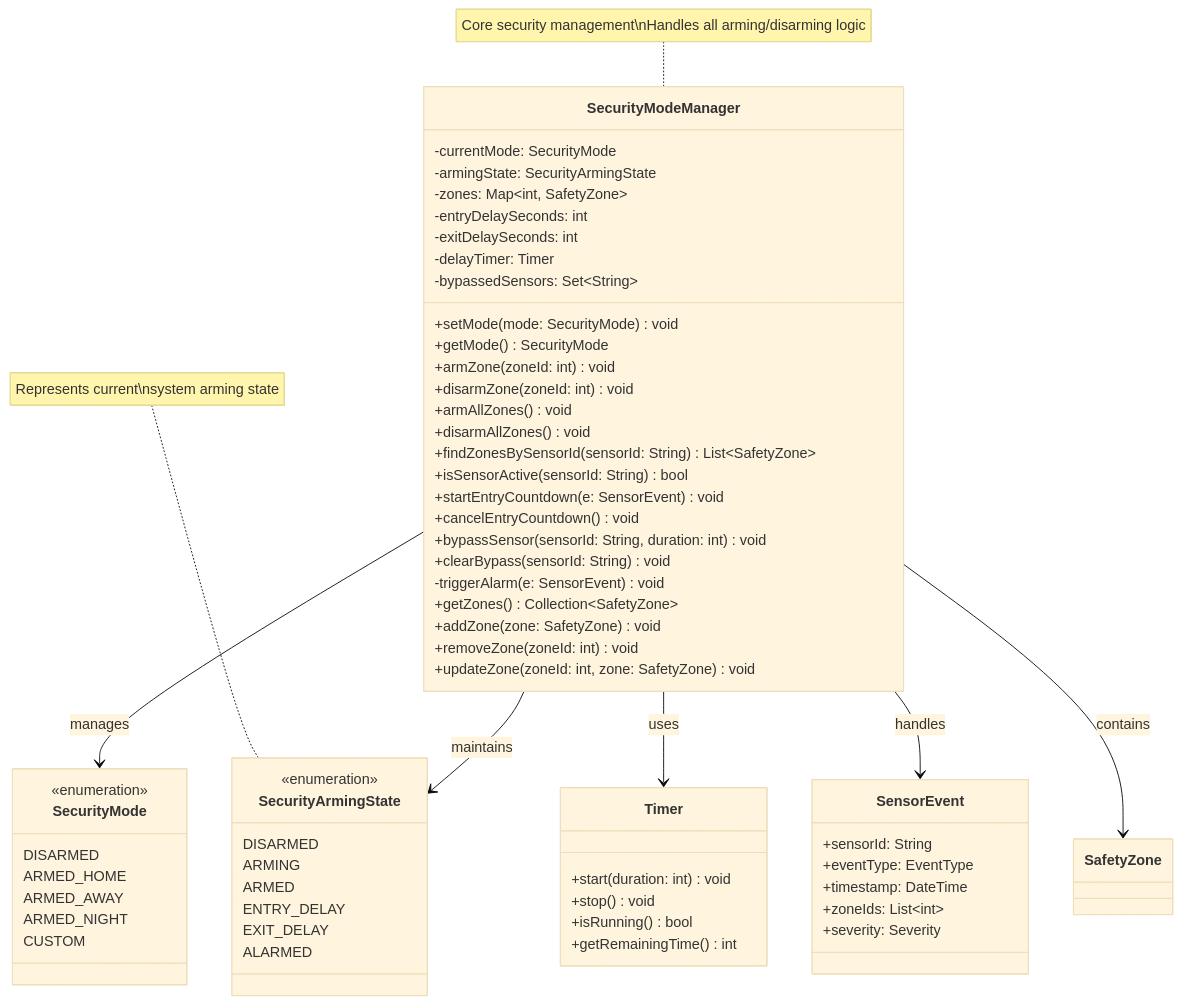
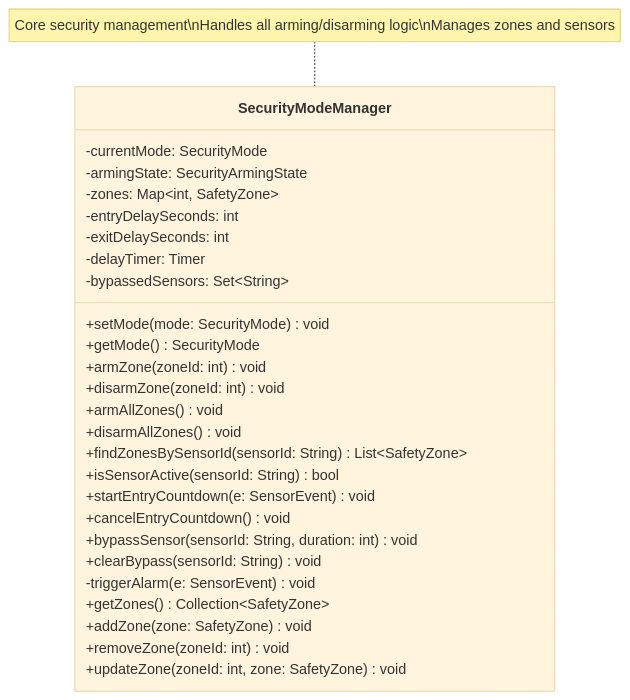
The second of 18 diagrams in diagrams/business_class_diagram.md (mj010101/swe_25f), drawn with Mermaid (base theme) before and after one commit. The commit also changed other lines of this file, not shown here.

Commit message:
fix: business class diagram

````diff
--- a/diagrams/business_class_diagram.md
+++ b/diagrams/business_class_diagram.md
@@ -102,74 +101,33 @@
 ```mermaid
 classDiagram
     direction TB
 
     class SecurityModeManager {
         -currentMode: SecurityMode
         -armingState: SecurityArmingState
         -zones: Map~int, SafetyZone~
         -entryDelaySeconds: int
         -exitDelaySeconds: int
         -delayTimer: Timer
         -bypassedSensors: Set~String~
         +setMode(mode: SecurityMode) void
         +getMode() SecurityMode
         +armZone(zoneId: int) void
         +disarmZone(zoneId: int) void
         +armAllZones() void
         +disarmAllZones() void
         +findZonesBySensorId(sensorId: String) List~SafetyZone~
         +isSensorActive(sensorId: String) bool
         +startEntryCountdown(e: SensorEvent) void
         +cancelEntryCountdown() void
         +bypassSensor(sensorId: String, duration: int) void
         +clearBypass(sensorId: String) void
         -triggerAlarm(e: SensorEvent) void
         +getZones() Collection~SafetyZone~
         +addZone(zone: SafetyZone) void
         +removeZone(zoneId: int) void
         +updateZone(zoneId: int, zone: SafetyZone) void
     }
 
-    class SecurityMode {
-        <<enumeration>>
-        DISARMED
-        ARMED_HOME
-        ARMED_AWAY
-        ARMED_NIGHT
-        CUSTOM
-    }
-
-    class SecurityArmingState {
-        <<enumeration>>
-        DISARMED
-        ARMING
-        ARMED
-        ENTRY_DELAY
-        EXIT_DELAY
-        ALARMED
-    }
-
-    class Timer {
-        +start(duration: int) void
-        +stop() void
-        +isRunning() bool
-        +getRemainingTime() int
-    }
-
-    class SensorEvent {
-        +sensorId: String
-        +eventType: EventType
-        +timestamp: DateTime
-        +zoneIds: List~int~
-        +severity: Severity
-    }
-
-    SecurityModeManager --> SecurityMode : manages
-    SecurityModeManager --> SecurityArmingState : maintains
-    SecurityModeManager --> Timer : uses
-    SecurityModeManager --> SensorEvent : handles
-    SecurityModeManager --> SafetyZone : contains
-
-    note for SecurityModeManager "Core security management\nHandles all arming/disarming logic"
-    note for SecurityArmingState "Represents current\nsystem arming state"
+    note for SecurityModeManager "Core security management\nHandles all arming/disarming logic\nManages zones and sensors"
 ```
````
